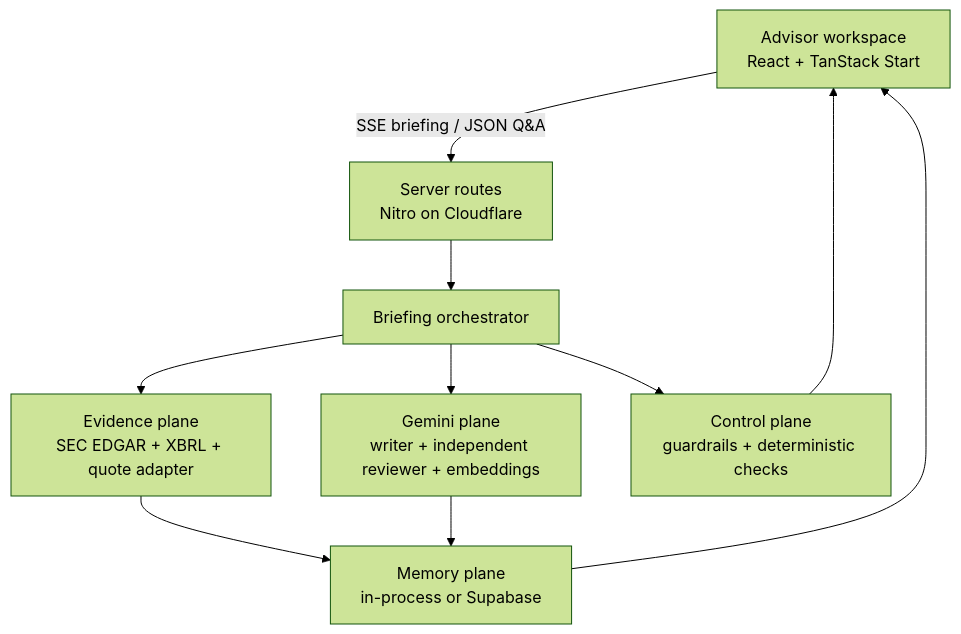
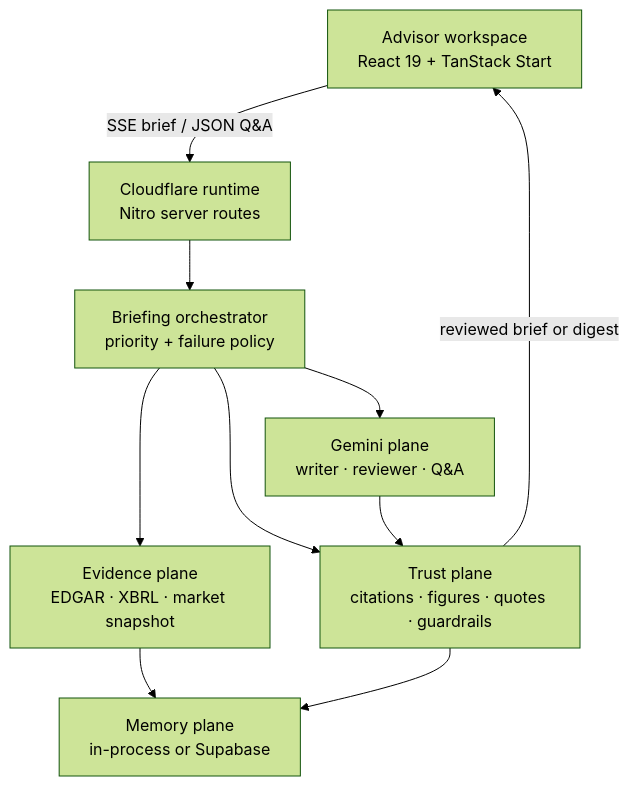
Before and after one commit to iamestime/ai-prototype-advisor-brief: the first of 3 diagrams in README.md, drawn with Mermaid (forest theme). The commit also changed other lines of this file and 21 other files, not shown here.

````diff
--- a/README.md
+++ b/README.md
@@ -33,14 +36,14 @@
 ```mermaid
 flowchart TD
-    UI["Advisor workspace<br/>React + TanStack Start"] -->|"SSE briefing / JSON Q&A"| API["Server routes<br/>Nitro on Cloudflare"]
-    API --> ORCH["Briefing orchestrator"]
+    UI["Advisor workspace<br/>React 19 + TanStack Start"] -->|"SSE brief / JSON Q&A"| EDGE["Cloudflare runtime<br/>Nitro server routes"]
+    EDGE --> ORCH["Briefing orchestrator<br/>priority + failure policy"]
 
-    ORCH --> DATA["Evidence plane<br/>SEC EDGAR + XBRL + quote adapter"]
-    ORCH --> AI["Gemini plane<br/>writer + independent reviewer + embeddings"]
-    ORCH --> SAFE["Control plane<br/>guardrails + deterministic checks"]
+    ORCH --> DATA["Evidence plane<br/>EDGAR · XBRL · market snapshot"]
+    ORCH --> MODELS["Gemini plane<br/>writer · reviewer · Q&A"]
+    ORCH --> CONTROL["Trust plane<br/>citations · figures · quotes · guardrails"]
 
     DATA --> MEMORY["Memory plane<br/>in-process or Supabase"]
-    AI --> MEMORY
-    SAFE --> UI
-    MEMORY --> UI
+    MODELS --> CONTROL
+    CONTROL -->|"reviewed brief or digest"| UI
+    CONTROL --> MEMORY
 ```
````
